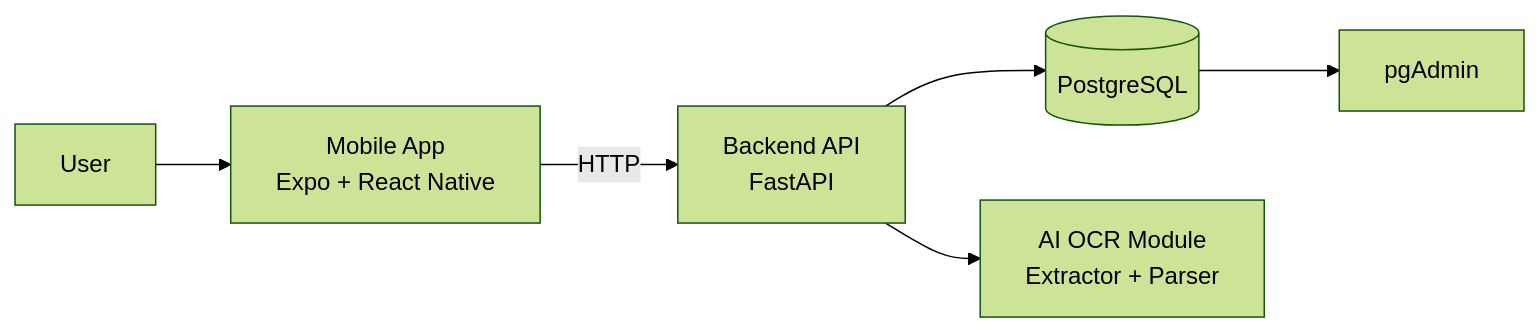
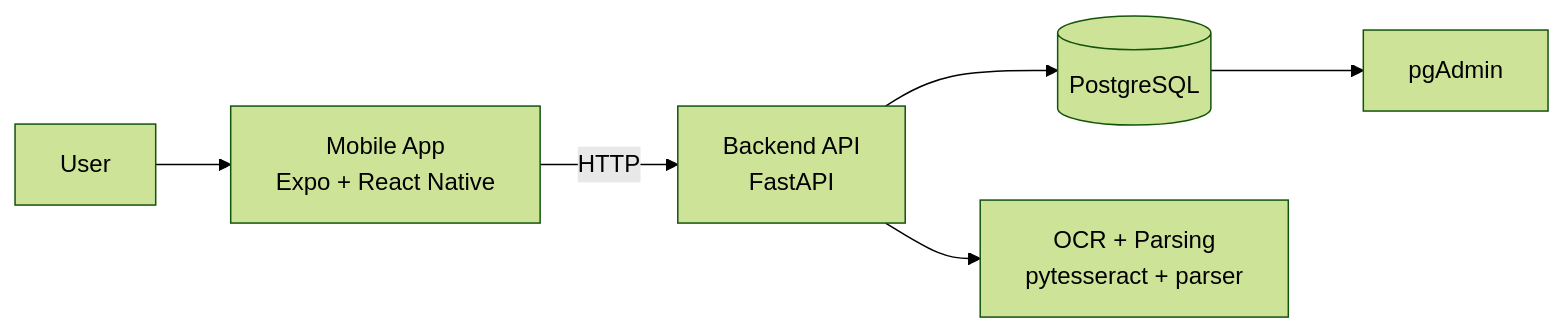
The diagram in README.md (in4tech/expense-ai), drawn with Mermaid (forest theme) before and after one commit. The commit also changed other lines of this file and 15 other files, not shown here.

````diff
--- a/README.md
+++ b/README.md
@@ -7,8 +11,8 @@
 ```mermaid
 flowchart LR
   U[User] --> M[Mobile App<br/>Expo + React Native]
   M -->|HTTP| B[Backend API<br/>FastAPI]
   B --> DB[(PostgreSQL)]
-  B --> A[AI OCR Module<br/>Extractor + Parser]
+  B --> OCR[OCR + Parsing<br/>pytesseract + parser]
   DB --> P[pgAdmin]
 ```
````
